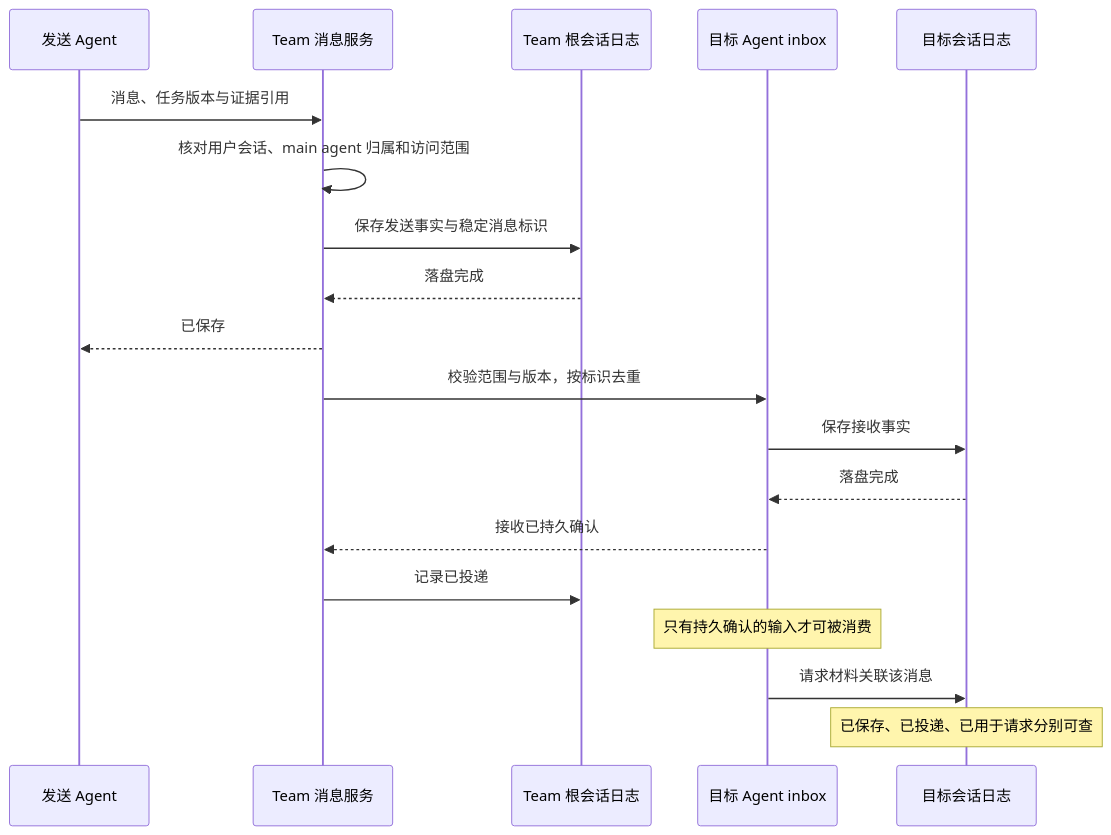
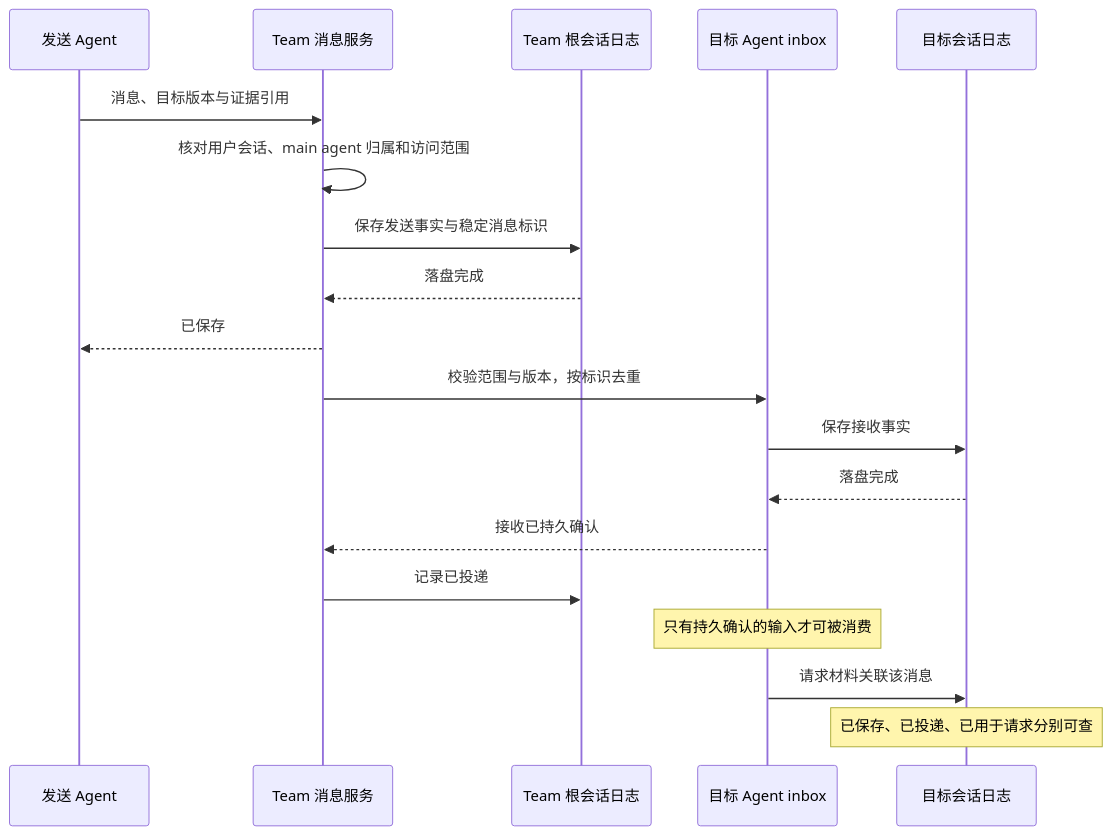
Before and after one commit to HoldThatThgt/mori: the third of 4 diagrams in docs/proposals/agent-communication.md, drawn with Mermaid. The commit also changed other lines of this file and 22 other files, not shown here.

````diff
--- a/docs/proposals/agent-communication.md
+++ b/docs/proposals/agent-communication.md
@@ -154,21 +154,21 @@
 ```mermaid
 sequenceDiagram
     participant A as 发送 Agent
     participant P as Team 消息服务
     participant R as Team 根会话日志
     participant B as 目标 Agent inbox
     participant D as 目标会话日志
-    A->>P: 消息、任务版本与证据引用
+    A->>P: 消息、目标版本与证据引用
     P->>P: 核对用户会话、main agent 归属和访问范围
     P->>R: 保存发送事实与稳定消息标识
     R-->>P: 落盘完成
     P-->>A: 已保存
     P->>B: 校验范围与版本，按标识去重
     B->>D: 保存接收事实
     D-->>B: 落盘完成
     B-->>P: 接收已持久确认
     P->>R: 记录已投递
     Note over B: 只有持久确认的输入才可被消费
     B->>D: 请求材料关联该消息
     Note over D: 已保存、已投递、已用于请求分别可查
 ```
````
